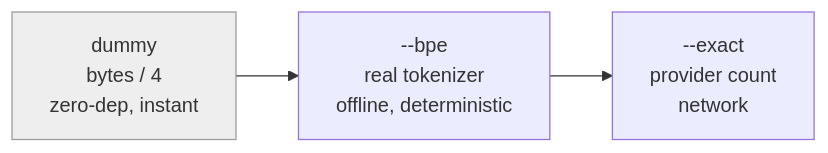
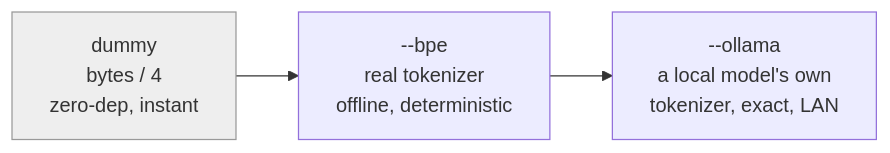
The diagram in README.md (pr0d1r2/itok), drawn with Mermaid before and after one commit. The commit also changed other lines of this file and 12 other files, not shown here.

````diff
--- a/README.md
+++ b/README.md
@@ -87,5 +58,5 @@
 ```mermaid
 flowchart LR
-    A["dummy<br/>bytes / 4<br/>zero-dep, instant"] --> B["--bpe<br/>real tokenizer<br/>offline, deterministic"] --> C["--exact<br/>provider count<br/>network"]
+    A["dummy<br/>bytes / 4<br/>zero-dep, instant"] --> B["--bpe<br/>real tokenizer<br/>offline, deterministic"] --> C["--ollama<br/>a local model's own<br/>tokenizer, exact, LAN"]
     style A fill:#eee,stroke:#999
 ```
````
